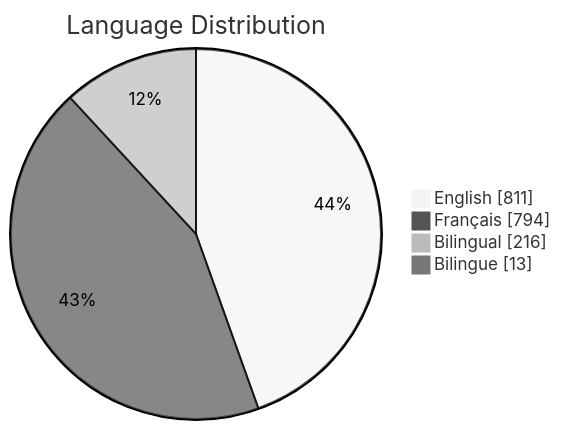
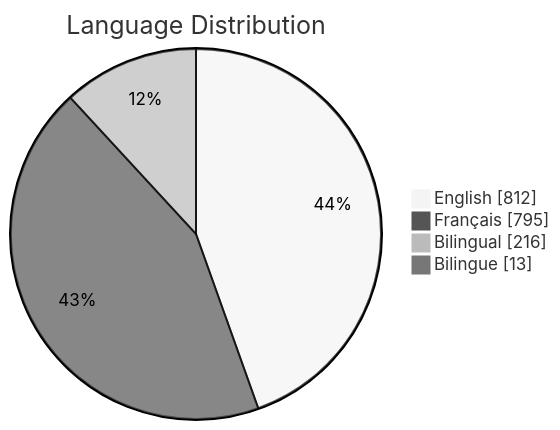
Before and after one commit to PatLittle/GC-Socials: the third of 6 diagrams in README.md, drawn with Mermaid (neutral theme). The commit also changed other lines of this file, not shown here.

Commit message:
Update README with Platform Distribution pie chart

````diff
--- a/README.md
+++ b/README.md
@@ -65,7 +65,7 @@
 ```mermaid
 pie showData title Language Distribution
-    "English": 811
-    "Français": 794
+    "English": 812
+    "Français": 795
     "Bilingual": 216
     "Bilingue": 13
 ```
````
